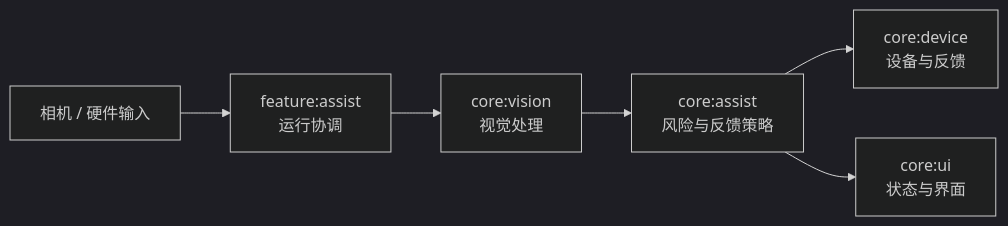
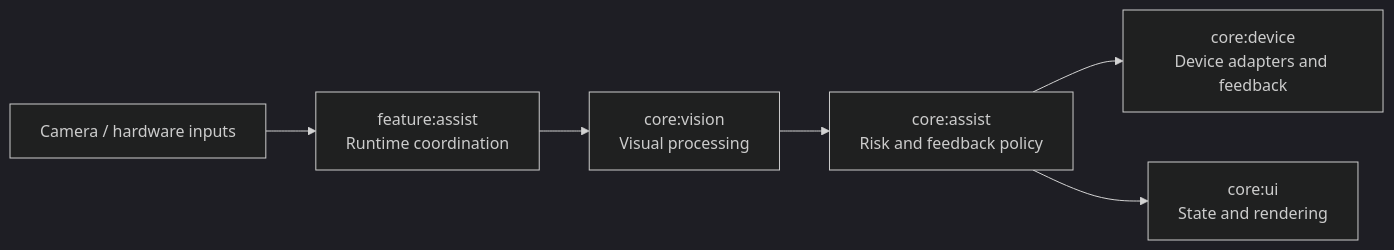
Before and after one commit to violetljj/blind-assist: the diagram in README.md, drawn with Mermaid (dark theme). The commit also changed other lines of this file and 4 other files, not shown here.

````diff
--- a/README.md
+++ b/README.md
@@ -75,8 +77,8 @@
 ```mermaid
 flowchart LR
-    A["相机 / 硬件输入"] --> B["feature:assist<br/>运行协调"]
-    B --> C["core:vision<br/>视觉处理"]
-    C --> D["core:assist<br/>风险与反馈策略"]
-    D --> E["core:device<br/>设备与反馈"]
-    D --> F["core:ui<br/>状态与界面"]
+    A["Camera / hardware inputs"] --> B["feature:assist<br/>Runtime coordination"]
+    B --> C["core:vision<br/>Visual processing"]
+    C --> D["core:assist<br/>Risk and feedback policy"]
+    D --> E["core:device<br/>Device adapters and feedback"]
+    D --> F["core:ui<br/>State and rendering"]
 ```
````
